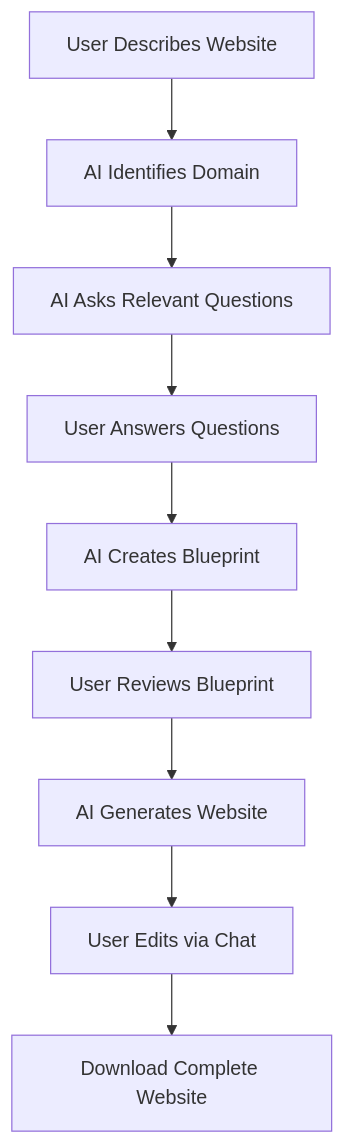
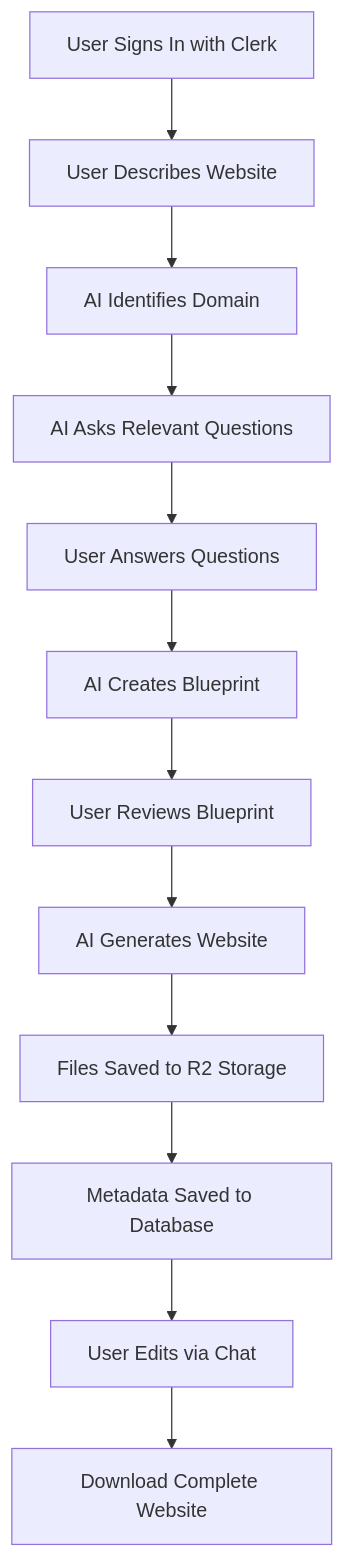
Before and after one commit to bhargavtz/studio-tz: the diagram in PROJECT_DOCUMENTATION.md, drawn with Mermaid. The commit also changed other lines of this file and 75 other files, not shown here.

First line of the commit message:
Add cloud storage, database, and multi-page generation

````diff
--- a/PROJECT_DOCUMENTATION.md
+++ b/PROJECT_DOCUMENTATION.md
@@ -34,11 +39,14 @@
 ```mermaid
 graph TD
-    A[User Describes Website] --> B[AI Identifies Domain]
-    B --> C[AI Asks Relevant Questions]
-    C --> D[User Answers Questions]
-    D --> E[AI Creates Blueprint]
-    E --> F[User Reviews Blueprint]
-    F --> G[AI Generates Website]
-    G --> H[User Edits via Chat]
-    H --> I[Download Complete Website]
+    A[User Signs In with Clerk] --> B[User Describes Website]
+    B --> C[AI Identifies Domain]
+    C --> D[AI Asks Relevant Questions]
+    D --> E[User Answers Questions]
+    E --> F[AI Creates Blueprint]
+    F --> G[User Reviews Blueprint]
+    G --> H[AI Generates Website]
+    H --> I[Files Saved to R2 Storage]
+    I --> J[Metadata Saved to Database]
+    J --> K[User Edits via Chat]
+    K --> L[Download Complete Website]
 ```
````
